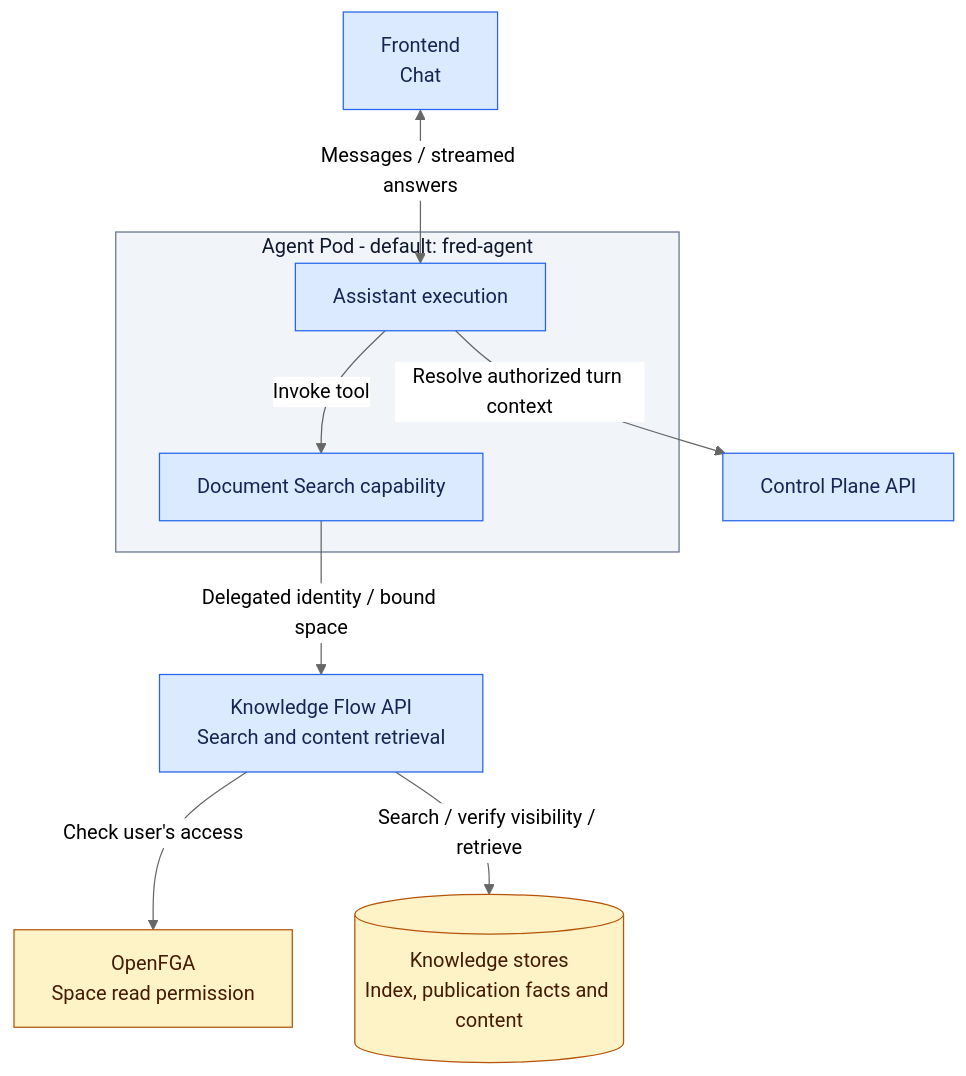
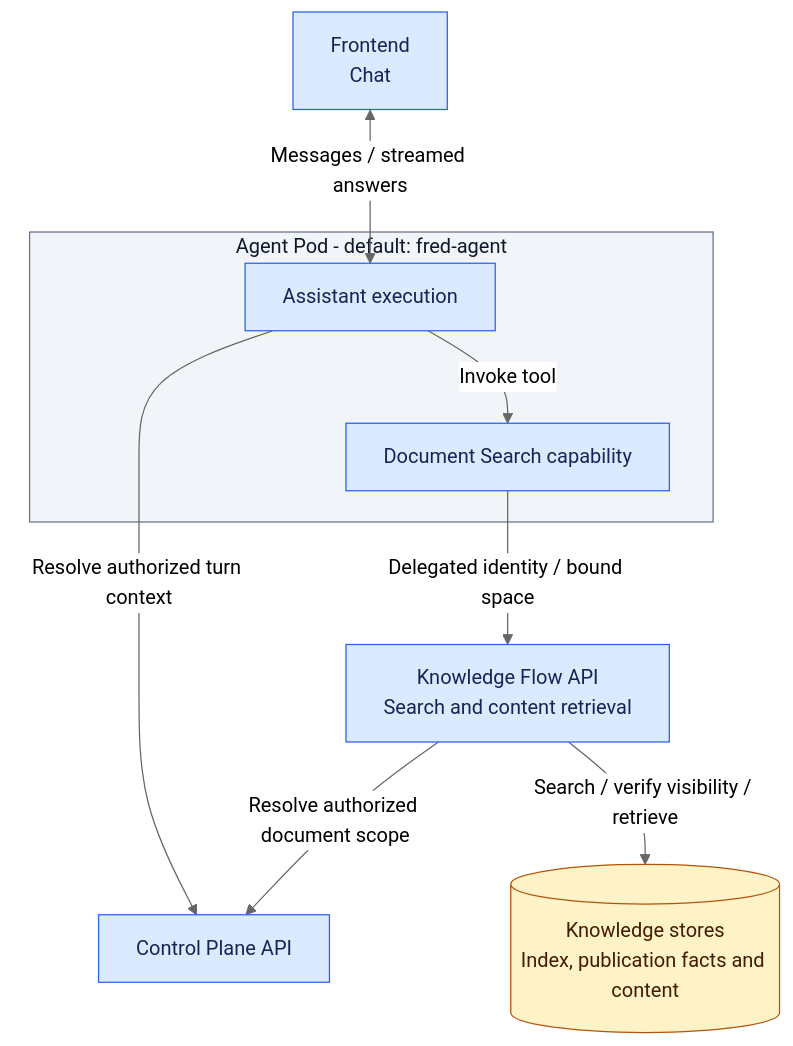
One commit to ThalesGroup/fred changed the third of 6 diagrams in docs/architecture/01-system-overview.md. Above: the diagram before and after it, drawn with Mermaid (neutral theme). The commit also changed 397 other files, not shown here.

````diff
--- a/docs/architecture/01-system-overview.md
+++ b/docs/architecture/01-system-overview.md
@@ -97,25 +97,24 @@
 ```mermaid
 flowchart TB
     ui["Frontend<br/>Chat"]
     subgraph pod["Agent Pod - default: fred-agent"]
         agent["Assistant execution"]
         capability["Document Search capability"]
         agent -->|"Invoke tool"| capability
     end
     cp["Control Plane API"]
     kfa["Knowledge Flow API<br/>Search and content retrieval"]
-    fga["OpenFGA<br/>Space read permission"]
     stores[("Knowledge stores<br/>Index, publication facts and content")]
     ui <-->|"Messages / streamed answers"| agent
     agent -->|"Resolve authorized turn context"| cp
     capability -->|"Delegated identity / bound space"| kfa
-    kfa -->|"Check user's access"| fga
+    kfa -->|"Resolve authorized document scope"| cp
     kfa -->|"Search / verify visibility / retrieve"| stores
 
     classDef fred fill:#DBEAFE,stroke:#2563EB,color:#172554
     classDef cots fill:#FEF3C7,stroke:#B45309,color:#451A03
     classDef neutral fill:#F1F5F9,stroke:#64748B,color:#0F172A
     class ui,agent,capability,cp,kfa fred
-    class fga,stores cots
+    class stores cots
     class pod neutral
 ```
````
